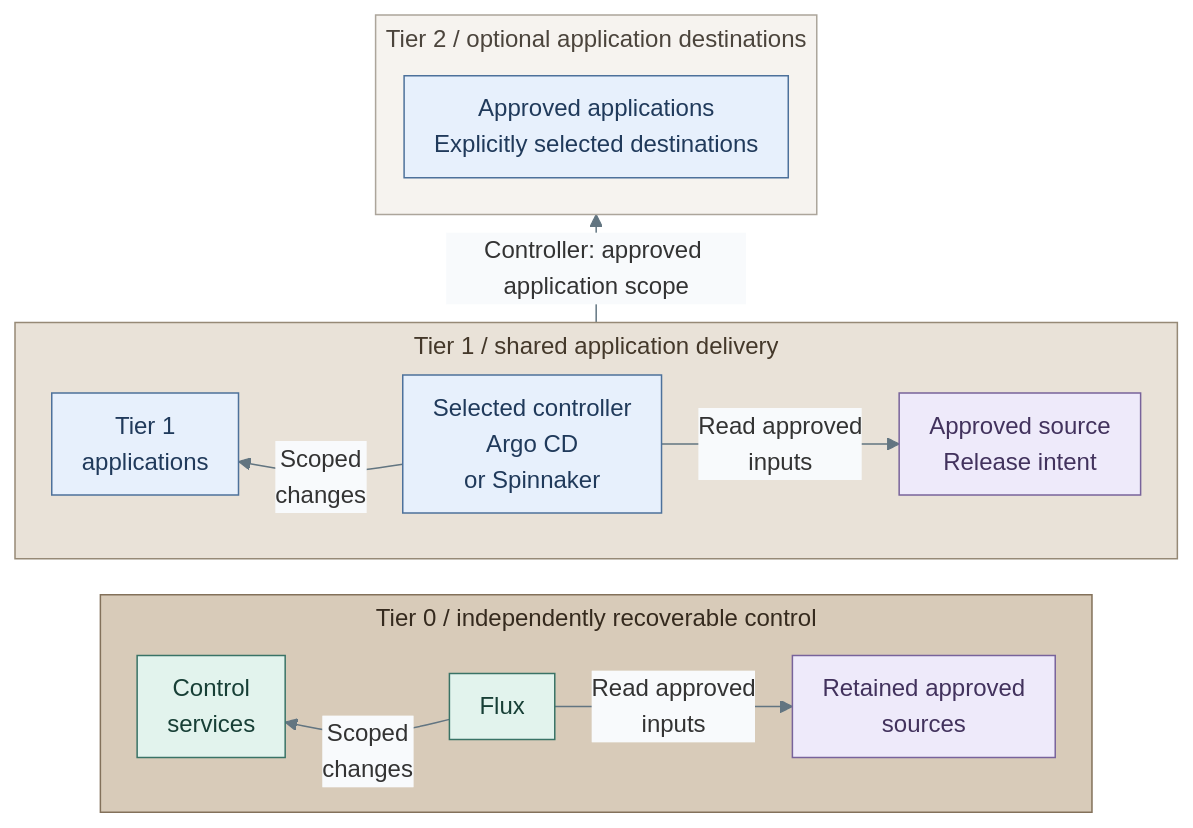
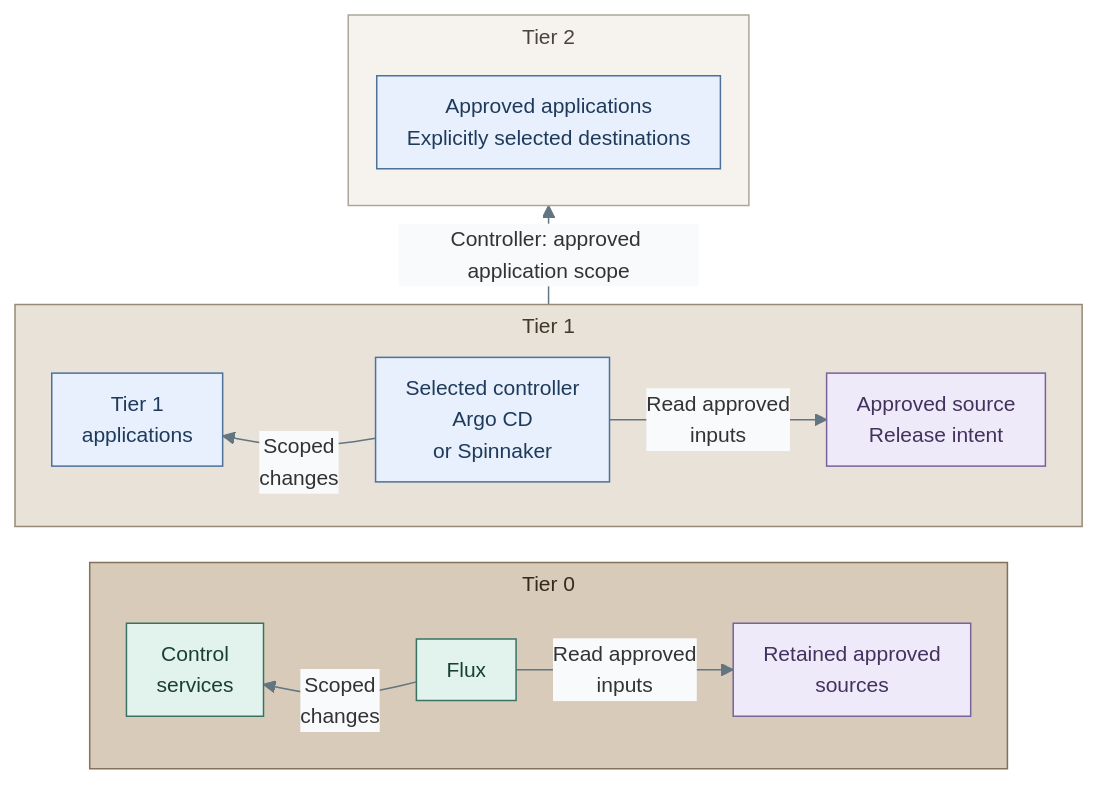
Before and after one commit to Rexus/homelab: the diagram in docs/01-architecture/10-delivery/02-controllers.md, drawn with Mermaid. The commit also changed 124 other files, not shown here.

First line of the commit message:
fix(platform): align service diagrams and directory failover

````diff
--- a/docs/01-architecture/10-delivery/02-controllers.md
+++ b/docs/01-architecture/10-delivery/02-controllers.md
@@ -17,40 +9,40 @@
 ```mermaid
-%%{init: {"theme":"base","flowchart":{"nodeSpacing":18,"rankSpacing":24,"padding":10,"wrappingWidth":300,"subGraphTitleMargin":{"top":4,"bottom":12}},"themeVariables":{"lineColor":"#627581","edgeLabelBackground":"#f8fafc"}}}%%
+%%{init: {"theme":"base","flowchart":{"nodeSpacing":18,"rankSpacing":24,"padding":10,"wrappingWidth":300,"subGraphTitleMargin":{"top":4,"bottom":12}},"themeVariables":{"lineColor":"#627581","edgeLabelBackground":"#f8fafc","fontFamily":"Arial, sans-serif","fontSize":"14px"},"fontFamily":"Arial, sans-serif"}}%%
 flowchart BT
-  subgraph T2["Tier 2 / optional application destinations"]
+  subgraph T2["Tier 2"]
     Workload["Approved applications<br/>Explicitly selected destinations"]
   end
-  subgraph T1["Tier 1 / shared application delivery"]
+  subgraph T1["Tier 1"]
     direction LR
     Platform["Tier 1<br/>applications"]
     D["Selected controller<br/>Argo CD<br/>or Spinnaker"]
     Release["Approved source<br/>Release intent"]
     Platform ~~~ D
     D -- "Scoped<br/>changes" --> Platform
     D -- "Read approved<br/>inputs" --> Release
   end
-  subgraph T0["Tier 0 / independently recoverable control"]
+  subgraph T0["Tier 0"]
     direction LR
     Control["Control<br/>services"]
     F["Flux"]
     Approved["Retained approved<br/>sources"]
     Control ~~~ F
     F -- "Scoped<br/>changes" --> Control
     F -- "Read approved<br/>inputs" --> Approved
   end
   T0 ~~~ T1
   T1 -- "Controller: approved application scope" --> T2
   classDef default fill:#f8fafc,stroke:#64748b,color:#1f2937
   classDef services fill:#e7f0fc,stroke:#4d719b,color:#203a5b
   classDef control fill:#e2f3ed,stroke:#397366,color:#173f36
   classDef data fill:#eeeafa,stroke:#78639b,color:#42325d
   class Workload,Platform,D services
   class F,Control control
   class Release,Approved data
   classDef tier0 fill:#d8cbb9,stroke:#83715a,color:#352a1e
   class T0 tier0
   classDef tier1 fill:#e9e2d8,stroke:#968976,color:#44382a
   class T1 tier1
   classDef tier2 fill:#f6f3ef,stroke:#aca59b,color:#4b443c
   class T2 tier2
 ```
````
